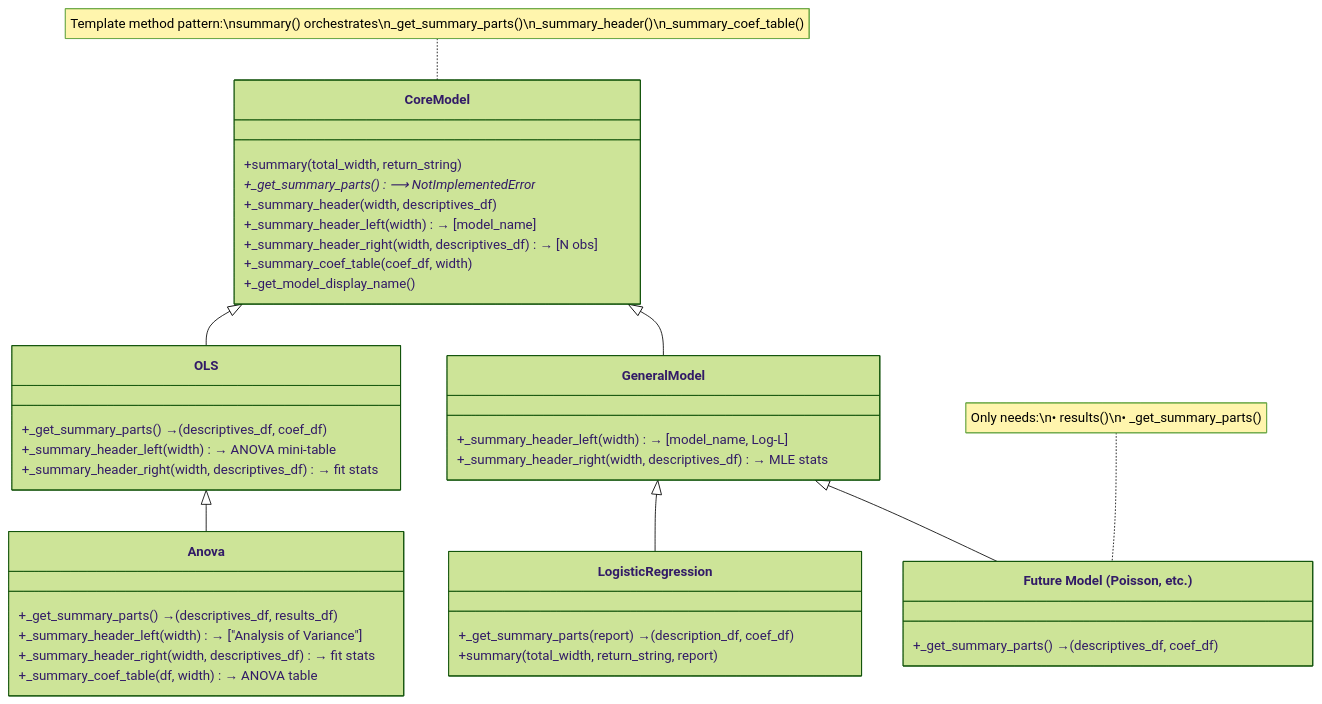
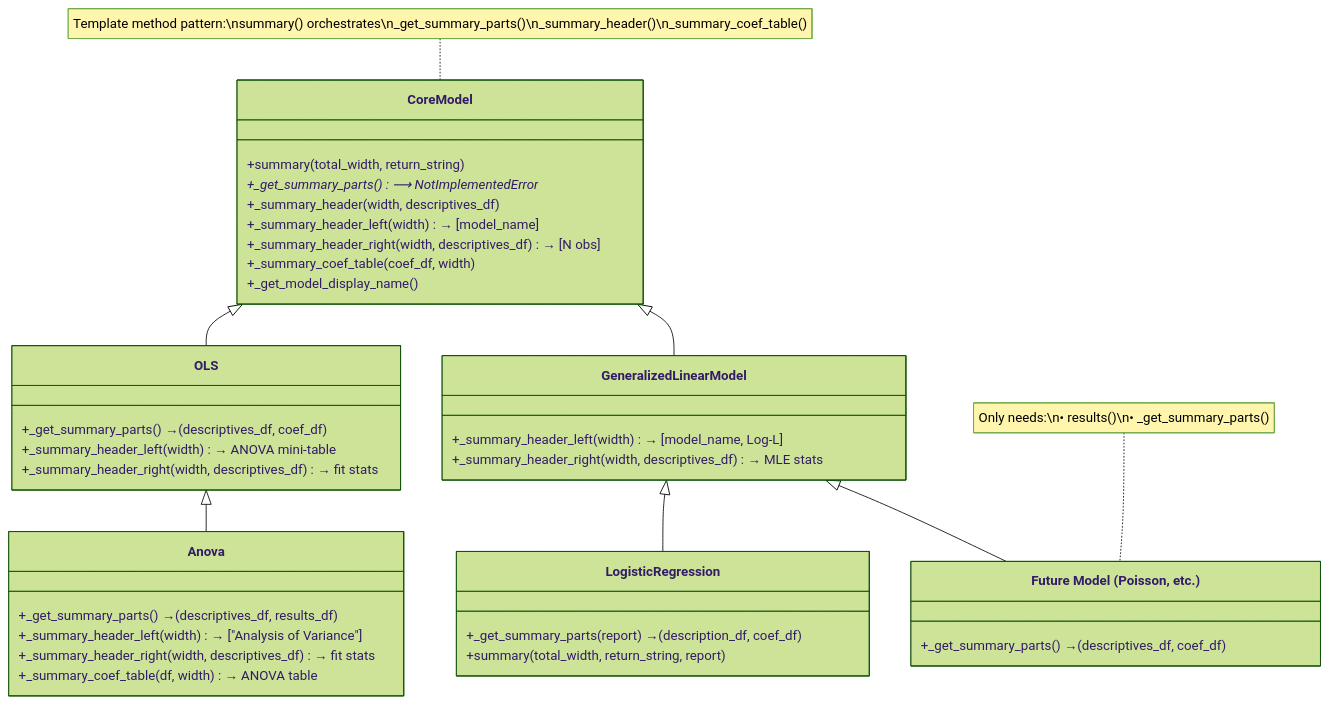
The first of 2 diagrams in docs/architecture-template.md (Corey-Bryant/researchpy), drawn with Mermaid (forest theme) before and after one commit. The commit also changed other lines of this file and 33 other files, not shown here.

````diff
--- a/docs/architecture-template.md
+++ b/docs/architecture-template.md
@@ -5,48 +5,48 @@
 ```mermaid
 classDiagram
     class CoreModel {
         +summary(total_width, return_string)
         +_get_summary_parts()* ⟶ NotImplementedError
         +_summary_header(width, descriptives_df)
         +_summary_header_left(width) → [model_name]
         +_summary_header_right(width, descriptives_df) → [N obs]
         +_summary_coef_table(coef_df, width)
         +_get_model_display_name()
     }
 
     class OLS {
         +_get_summary_parts() → (descriptives_df, coef_df)
         +_summary_header_left(width) → ANOVA mini-table
         +_summary_header_right(width, descriptives_df) → fit stats
     }
 
     class Anova {
         +_get_summary_parts() → (descriptives_df, results_df)
         +_summary_header_left(width) → ["Analysis of Variance"]
         +_summary_header_right(width, descriptives_df) → fit stats
         +_summary_coef_table(df, width) → ANOVA table
     }
 
-    class GeneralModel {
+    class GeneralizedLinearModel {
         +_summary_header_left(width) → [model_name, Log-L]
         +_summary_header_right(width, descriptives_df) → MLE stats
     }
 
     class LogisticRegression {
         +_get_summary_parts(report) → (description_df, coef_df)
         +summary(total_width, return_string, report)
     }
 
     class FutureModel["Future Model (Poisson, etc.)"] {
         +_get_summary_parts() → (descriptives_df, coef_df)
     }
 
     CoreModel <|-- OLS
     OLS <|-- Anova
-    CoreModel <|-- GeneralModel
-    GeneralModel <|-- LogisticRegression
-    GeneralModel <|-- FutureModel
+    CoreModel <|-- GeneralizedLinearModel
+    GeneralizedLinearModel <|-- LogisticRegression
+    GeneralizedLinearModel <|-- FutureModel
 
     note for CoreModel "Template method pattern:\nsummary() orchestrates\n_get_summary_parts()\n_summary_header()\n_summary_coef_table()"
     note for FutureModel "Only needs:\n• results()\n• _get_summary_parts()"
 ```
````
